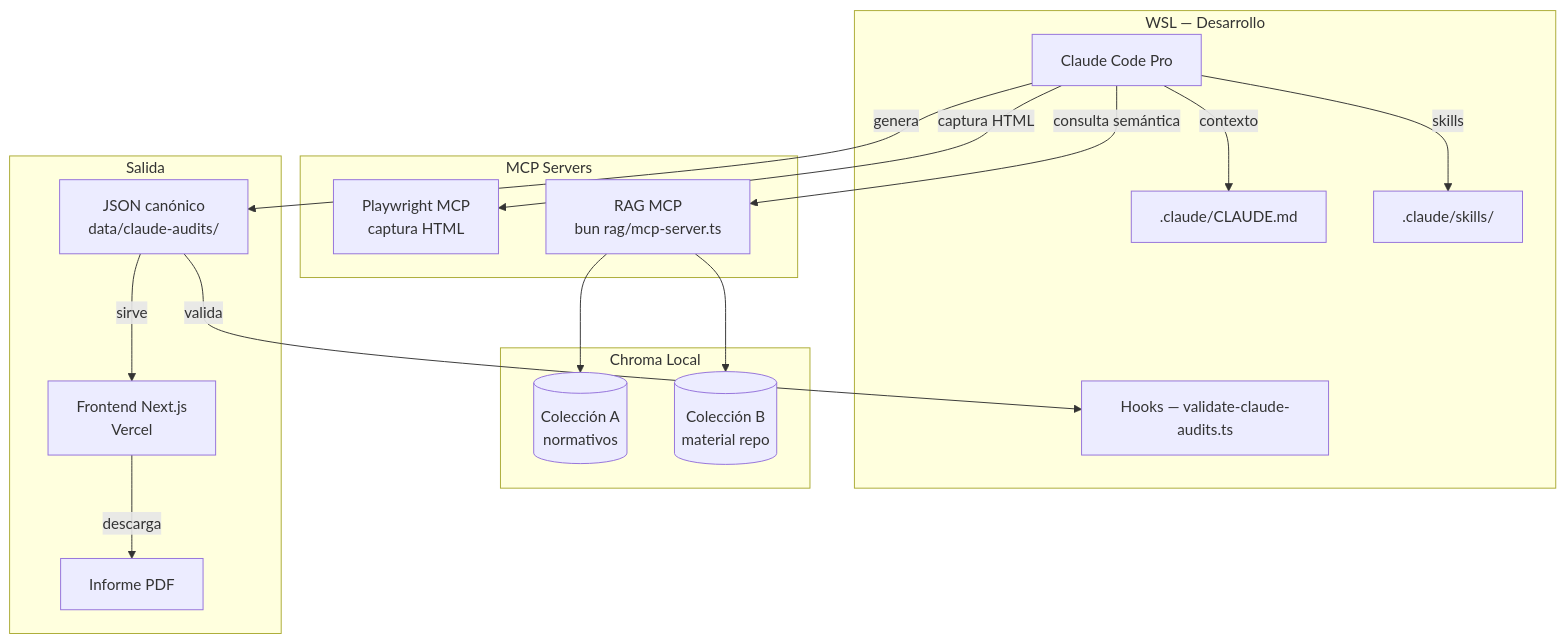
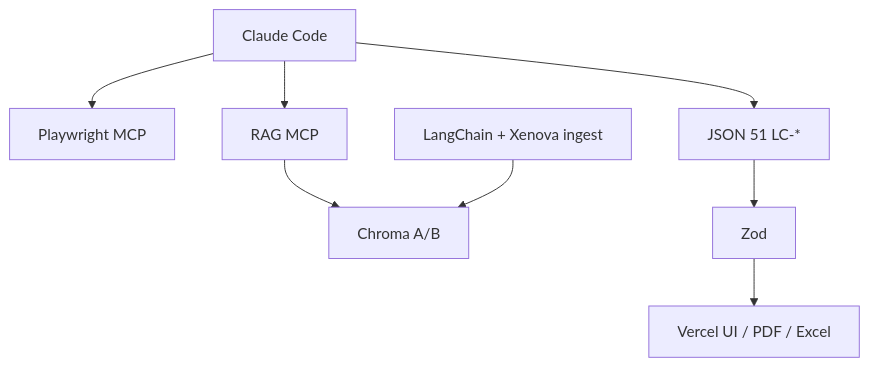
The diagram in docs/PROPUESTA_TECNICA_INTEGRAL.md (Fernandodesign96/lc-inapi.app), drawn with Mermaid before and after one commit. The commit also changed other lines of this file and 29 other files, not shown here.

````diff
--- a/docs/PROPUESTA_TECNICA_INTEGRAL.md
+++ b/docs/PROPUESTA_TECNICA_INTEGRAL.md
@@ -108,36 +58,10 @@
 ```mermaid
 flowchart TD
-  subgraph wsl [WSL — Desarrollo]
-    CC[Claude Code Pro]
-    CM[.claude/CLAUDE.md]
-    SK[.claude/skills/]
-    HK[Hooks — validate-claude-audits.ts]
-  end
-
-  subgraph mcp [MCP Servers]
-    PW[Playwright MCP\ncaptura HTML]
-    RM[RAG MCP\nbun rag/mcp-server.ts]
-  end
-
-  subgraph chroma [Chroma Local]
-    CA[(Colección A\nnormativos)]
-    CB[(Colección B\nmaterial repo)]
-  end
-
-  subgraph out [Salida]
-    JS[JSON canónico\ndata/claude-audits/]
-    FE[Frontend Next.js\nVercel]
-    PDF[Informe PDF]
-  end
-
-  CC -->|contexto| CM
-  CC -->|skills| SK
-  CC -->|captura HTML| PW
-  CC -->|consulta semántica| RM
-  RM --> CA
-  RM --> CB
-  CC -->|genera| JS
-  JS -->|valida| HK
-  JS -->|sirve| FE
-  FE -->|descarga| PDF
+  CC[Claude Code] --> PW[Playwright MCP]
+  CC --> RAG[RAG MCP]
+  RAG --> CH[Chroma A/B]
+  IN[LangChain + Xenova ingest] --> CH
+  CC --> JSON[JSON 51 LC-*]
+  JSON --> Z[Zod]
+  Z --> FE[Vercel UI / PDF / Excel]
 ```
````
